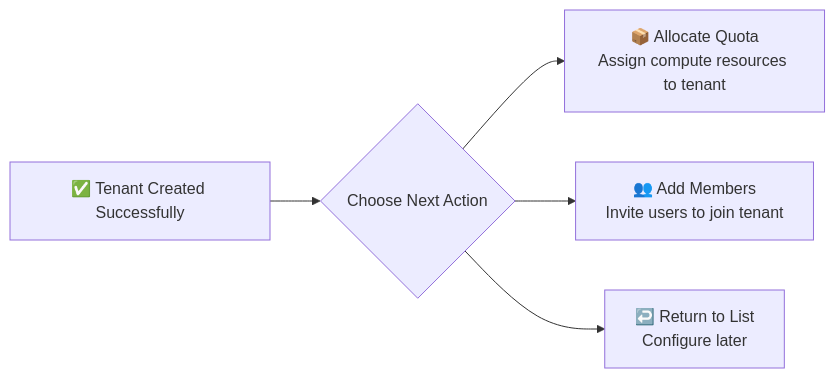
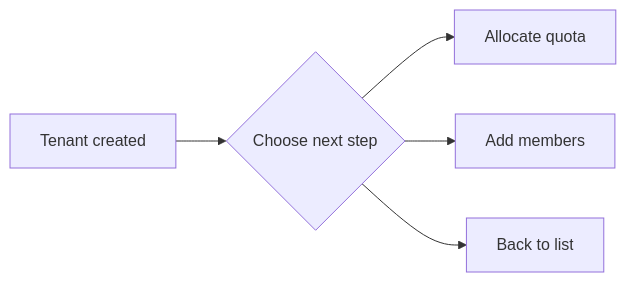
One commit to poxiaoyun/docs changed the diagram in src/pages/docs/en/20.boss/01.iam/tenants.md. Above: the diagram before and after it, drawn with Mermaid. The commit also changed other lines of this file and 463 other files, not shown here.

````diff
--- a/src/pages/docs/en/20.boss/01.iam/tenants.md
+++ b/src/pages/docs/en/20.boss/01.iam/tenants.md
@@ -86,7 +66,7 @@
 ```mermaid
 flowchart LR
-    A["✅ Tenant Created Successfully"] --> B{"Choose Next Action"}
-    B --> C["📦 Allocate Quota<br/>Assign compute resources to tenant"]
-    B --> D["👥 Add Members<br/>Invite users to join tenant"]
-    B --> E["↩️ Return to List<br/>Configure later"]
+    A["Tenant created"] --> B{"Choose next step"}
+    B --> C["Allocate quota"]
+    B --> D["Add members"]
+    B --> E["Back to list"]
 ```
````
